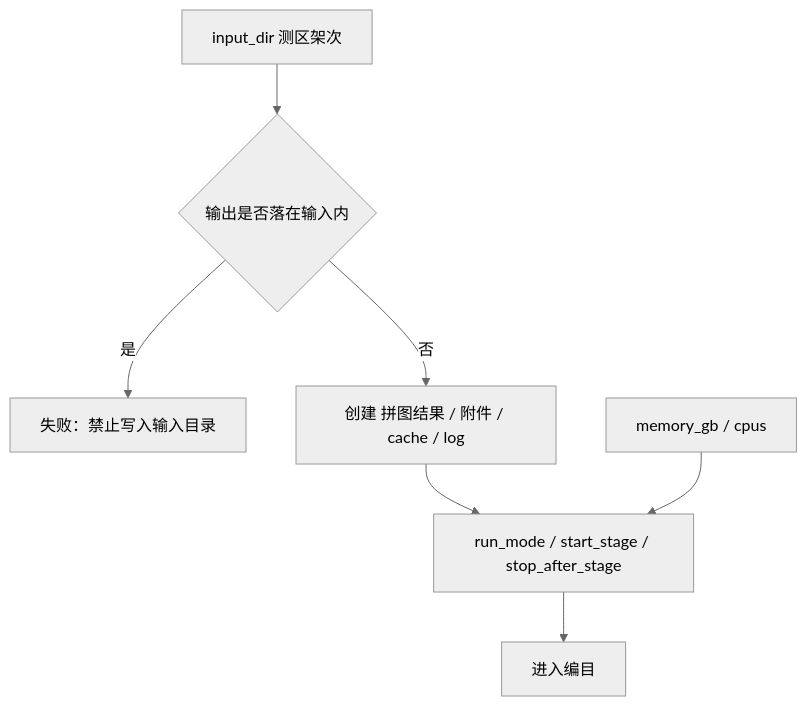
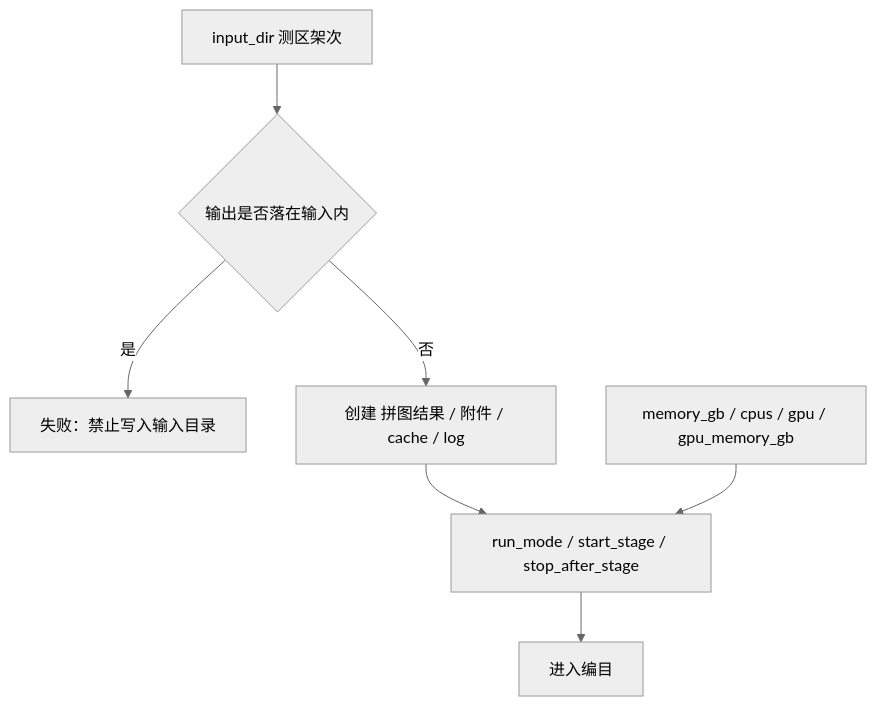
Before and after one commit to spjiang/spectrum: the second of 8 diagrams in algorithm/projects/数据融合/prod/server/worker/docs/参数说明.md, drawn with Mermaid (neutral theme). The commit also changed other lines of this file and 77 other files, not shown here.

Commit message:
拼图管控台补上拼接线处理：从成功任务复制成果单独建记录，可再选已画范围并查看、下载 RGB 预览。正射增加 GPU 路径，并带上分辨率与 GPS 检查。

````diff
--- a/algorithm/projects/数据融合/prod/server/worker/docs/参数说明.md
+++ b/algorithm/projects/数据融合/prod/server/worker/docs/参数说明.md
@@ -42,9 +42,9 @@
 ```mermaid
 flowchart TB
   in["input_dir 测区架次"] --> chk{"输出是否落在输入内"}
   chk -->|是| fail["失败：禁止写入输入目录"]
   chk -->|否| mk["创建 拼图结果 / 附件 / cache / log"]
   mk --> mode["run_mode / start_stage / stop_after_stage"]
-  mem["memory_gb / cpus"] --> mode
+  mem["memory_gb / cpus / gpu / gpu_memory_gb"] --> mode
   mode --> next["进入编目"]
 ```
````
